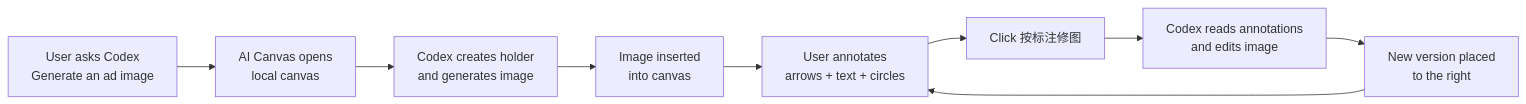
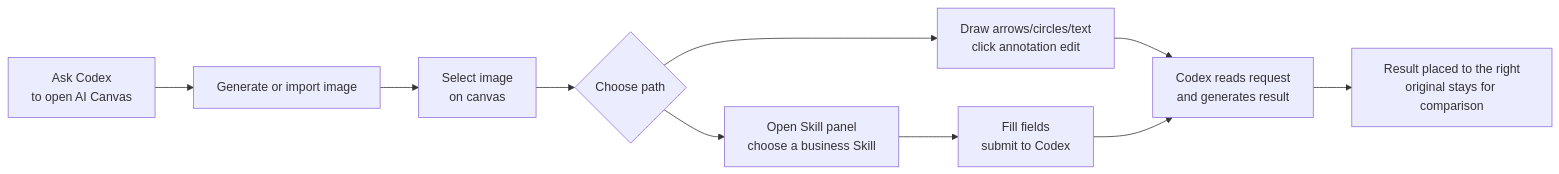
Before and after one commit to binghe1980/AI-Canvas: the diagram in README.en.md, drawn with Mermaid. The commit also changed other lines of this file and 32 other files, not shown here.

Commit message:
Document AI Canvas skill workflows

````diff
--- a/README.en.md
+++ b/README.en.md
@@ -83,11 +85,12 @@
 ```mermaid
 flowchart LR
-  A["User asks Codex<br/>Generate an ad image"] --> B["AI Canvas opens<br/>local canvas"]
-  B --> C["Codex creates holder<br/>and generates image"]
-  C --> D["Image inserted<br/>into canvas"]
-  D --> E["User annotates<br/>arrows + text + circles"]
-  E --> F["Click 按标注修图"]
-  F --> G["Codex reads annotations<br/>and edits image"]
-  G --> H["New version placed<br/>to the right"]
-  H --> E
+  A["Ask Codex<br/>to open AI Canvas"] --> B["Generate or import image"]
+  B --> C["Select image<br/>on canvas"]
+  C --> D{"Choose path"}
+  D --> E["Draw arrows/circles/text<br/>click annotation edit"]
+  D --> F["Open Skill panel<br/>choose a business Skill"]
+  E --> G["Codex reads request<br/>and generates result"]
+  F --> H["Fill fields<br/>submit to Codex"]
+  H --> G
+  G --> I["Result placed to the right<br/>original stays for comparison"]
 ```
````
